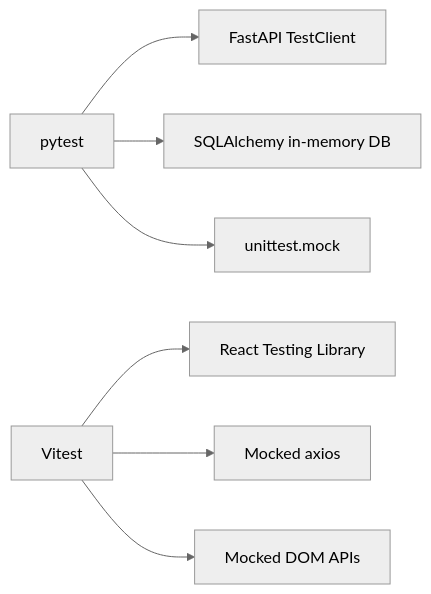
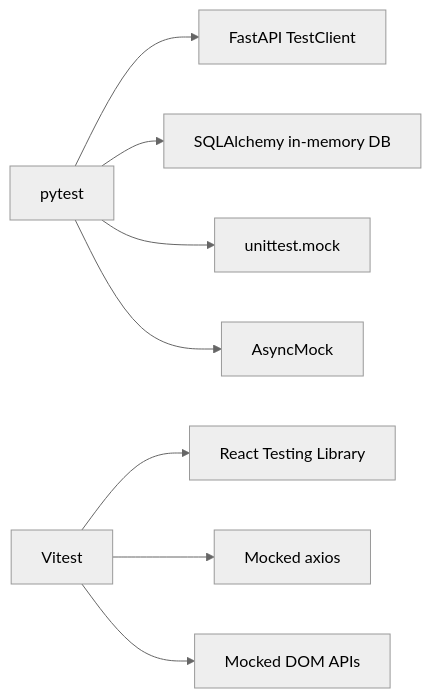
The seventh of 7 diagrams in .qoder/repowiki/en/content/Testing Strategy.md (Revanththetalogics/aireume), drawn with Mermaid (neutral theme) before and after one commit. The commit also changed other lines of this file and 20 other files, not shown here.

````diff
--- a/.qoder/repowiki/en/content/Testing Strategy.md
+++ b/.qoder/repowiki/en/content/Testing Strategy.md
@@ -404,9 +476,10 @@
 ```mermaid
 graph LR
 Py["pytest"] --> FA["FastAPI TestClient"]
 Py --> SA["SQLAlchemy in-memory DB"]
 Py --> UM["unittest.mock"]
+Py --> AM["AsyncMock"]
 VT["Vitest"] --> RTL["React Testing Library"]
 VT --> AX["Mocked axios"]
 VT --> DOM["Mocked DOM APIs"]
 ```
````
